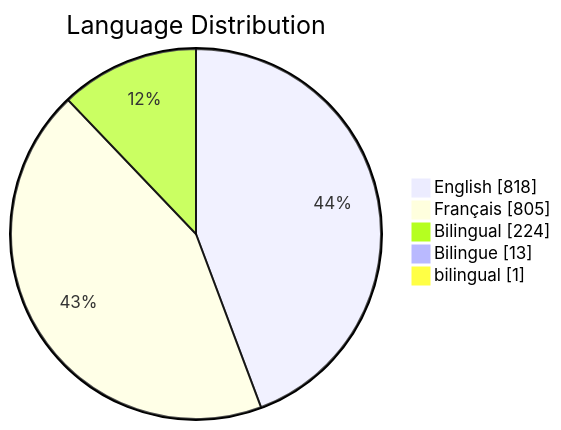
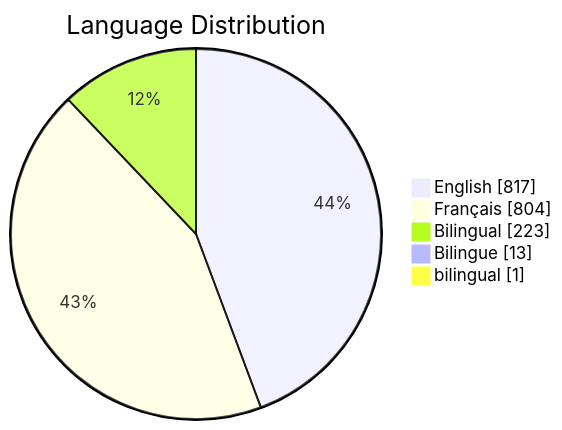
The third of 6 diagrams in README.md (PatLittle/GC-Socials), drawn with Mermaid before and after one commit. The commit also changed other lines of this file, not shown here.

Commit message:
Update README with Platform Distribution pie chart

````diff
--- a/README.md
+++ b/README.md
@@ -87,8 +81,8 @@
 ```mermaid
 pie showData title Language Distribution
-    "English": 818
-    "Français": 805
-    "Bilingual": 224
+    "English": 817
+    "Français": 804
+    "Bilingual": 223
     "Bilingue": 13
     "bilingual": 1
 ```
````
